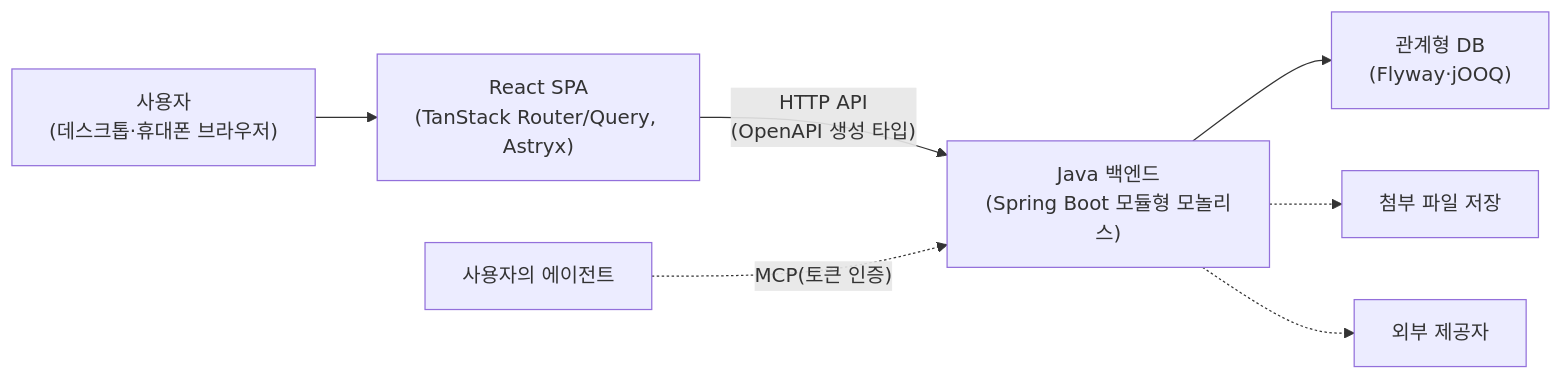
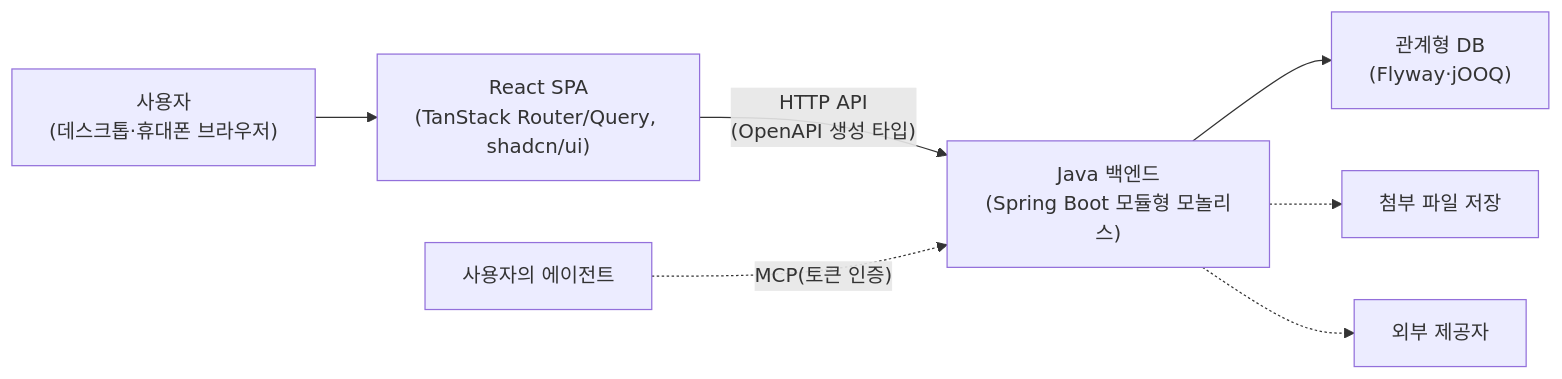
Before and after one commit to dev-goraebap/dev.goraebap: the diagram in apps/site/content/architecture/index.mdx, drawn with Mermaid. The commit also changed 79 other files, not shown here.

````diff
--- a/apps/site/content/architecture/index.mdx
+++ b/apps/site/content/architecture/index.mdx
@@ -12,9 +12,9 @@
 ```mermaid
 flowchart LR
-    U["사용자<br/>(데스크톱·휴대폰 브라우저)"] --> SPA["React SPA<br/>(TanStack Router/Query, Astryx)"]
+    U["사용자<br/>(데스크톱·휴대폰 브라우저)"] --> SPA["React SPA<br/>(TanStack Router/Query, shadcn/ui)"]
     SPA -- "HTTP API<br/>(OpenAPI 생성 타입)" --> API["Java 백엔드<br/>(Spring Boot 모듈형 모놀리스)"]
     API --> DB["관계형 DB<br/>(Flyway·jOOQ)"]
     API -.-> FILE["첨부 파일 저장"]
     API -.-> EXT["외부 제공자"]
     AG["사용자의 에이전트"] -. "MCP(토큰 인증)" .-> API
 ```
````
